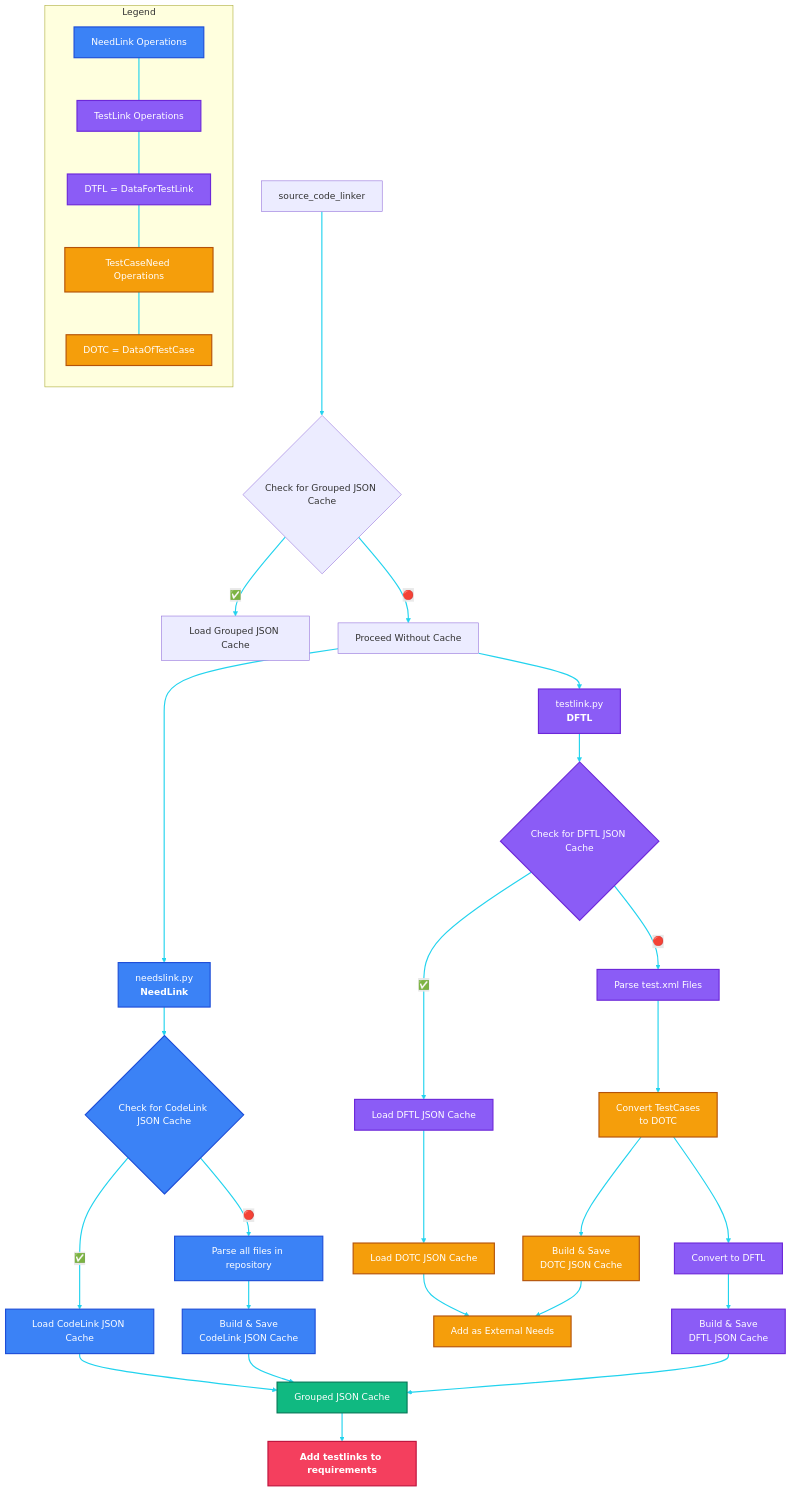
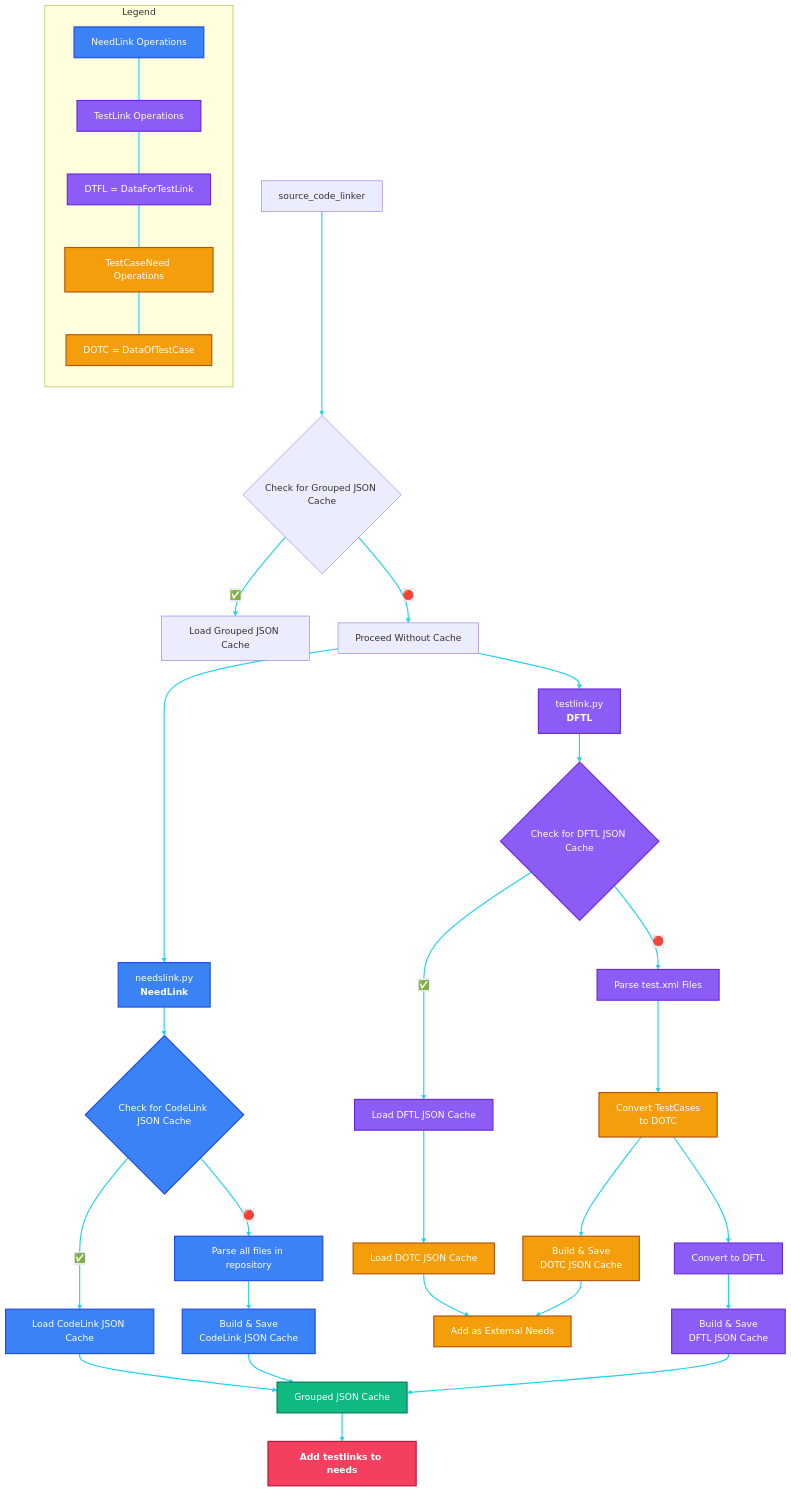
The diagram in docs/internals/extensions/source_code_linker.md (eclipse-score/docs-as-code), drawn with Mermaid before and after one commit.

````diff
--- a/docs/internals/extensions/source_code_linker.md
+++ b/docs/internals/extensions/source_code_linker.md
@@ -225,74 +225,74 @@
 ```{mermaid}
 flowchart TD
     %% Entry Point
     A[source_code_linker] --> B{Check for Grouped JSON Cache}
 
     %% If cache exists
     B --> |✅| C[Load Grouped JSON Cache]
     B --> |🔴| N9[Proceed Without Cache]
 
     %% --- NeedLink Path ---
     N9 --> D1[needslink.py<br/><b>NeedLink</b>]
     D1 --> E1{Check for CodeLink JSON Cache}
 
     E1 --> |✅| F1[Load CodeLink JSON Cache]
     F1 --> Z[Grouped JSON Cache]
 
     E1 --> |🔴| G1[Parse all files in repository]
     G1 --> H1[Build & Save<br/>CodeLink JSON Cache]
     H1 --> Z
 
     %% --- TestLink Path ---
     N9 --> D2[testlink.py<br/><b>DFTL</b>]
     D2 --> E2{Check for DFTL JSON Cache}
 
     E2 --> |✅| F2[Load DFTL JSON Cache]
     F2 --> J2[Load DOTC JSON Cache]
     J2 --> K2[Add as External Needs]
 
     E2 --> |🔴| G2[Parse test.xml Files]
     G2 --> H2[Convert TestCases<br/>to DOTC]
     H2 --> I2[Build & Save<br/>DOTC JSON Cache]
     I2 --> K2
 
     H2 --> M2[Convert to DFTL]
     M2 --> N2[Build & Save<br/>DFTL JSON Cache]
     N2 --> Z
 
     %% Final step
-    Z --> FINAL[<b>Add testlinks to requirements</b>]
+    Z --> FINAL[<b>Add testlinks to needs</b>]
 
     %% Legend
     subgraph Legend["Legend"]
         direction TB
         L1[NeedLink Operations]
         L2[TestLink Operations]
         L4[DTFL = DataForTestLink]
         L3[TestCaseNeed Operations]
         L5[DOTC = DataOfTestCase]
         L1 ~~~ L2 
         L2 ~~~ L4 
         L4 ~~~ L3 
         L3 ~~~ L5
     end
 
     %% Node Styling
     classDef needlink fill:#3b82f6,color:#ffffff,stroke:#1d4ed8,stroke-width:2px
     classDef testlink fill:#8b5cf6,color:#ffffff,stroke:#6d28d9,stroke-width:2px
     classDef dotc fill:#f59e0b,color:#ffffff,stroke:#b45309,stroke-width:2px
     classDef grouped fill:#10b981,color:#ffffff,stroke:#047857,stroke-width:2px
     classDef final fill:#f43f5e,color:#ffffff,stroke:#be123c,stroke-width:2px
 
     %% Class assignments
     class D1,E1,F1,G1,H1 needlink
     class D2,E2,F2,G2,M2,N2 testlink
     class J2,H2,I2,K2 dotc
     class Z grouped
     class FINAL final
     class L1 needlink
     class L2,L4 testlink
     class L3,L5 dotc
 
     %% Edge/Arrow Styling
     linkStyle default stroke:#22d3ee,stroke-width:2px,color:#22d3ee
 ```
````
